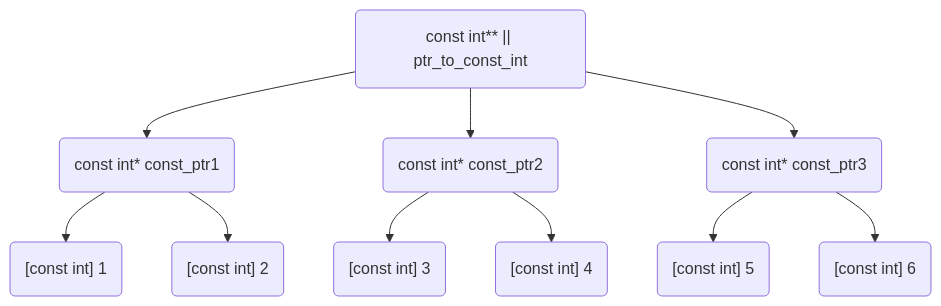
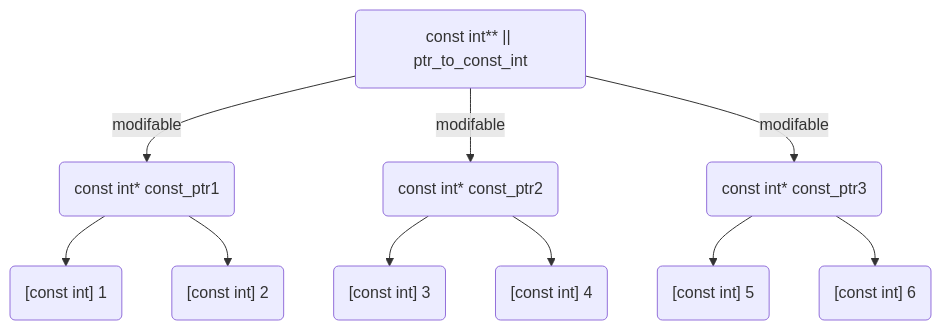
One commit to YanivGabay/cs-lectures-by-yaniv-gabay changed the second of 3 diagrams in ModolarProgramming/Fifth_lesson_DynamicAlloc/visualiztion.md. Above: the diagram before and after it, drawn with Mermaid. The commit also changed other lines of this file, not shown here.

Commit message:
updated the visualiztion

````diff
--- a/ModolarProgramming/Fifth_lesson_DynamicAlloc/visualiztion.md
+++ b/ModolarProgramming/Fifth_lesson_DynamicAlloc/visualiztion.md
@@ -18,13 +18,13 @@
 ```mermaid
 graph TD;
-    constIntPtrArray("const int** || ptr_to_const_int") --> constPtr1("const int* const_ptr1")
-    constIntPtrArray --> constPtr2("const int* const_ptr2")
-    constIntPtrArray --> constPtr3("const int* const_ptr3")
+    constIntPtrArray("const int** || ptr_to_const_int") --modifable-->  constPtr1("const int* const_ptr1")
+    constIntPtrArray --modifable--> constPtr2("const int* const_ptr2")
+    constIntPtrArray --modifable-->  constPtr3("const int* const_ptr3")
     constPtr1 --> int1("[const int] 1")
     constPtr1 --> int2("[const int] 2")
     constPtr2 --> int3("[const int] 3")
     constPtr2 --> int4("[const int] 4")
     constPtr3 --> int5("[const int] 5")
     constPtr3 --> int6("[const int] 6")
 
 ```
````
